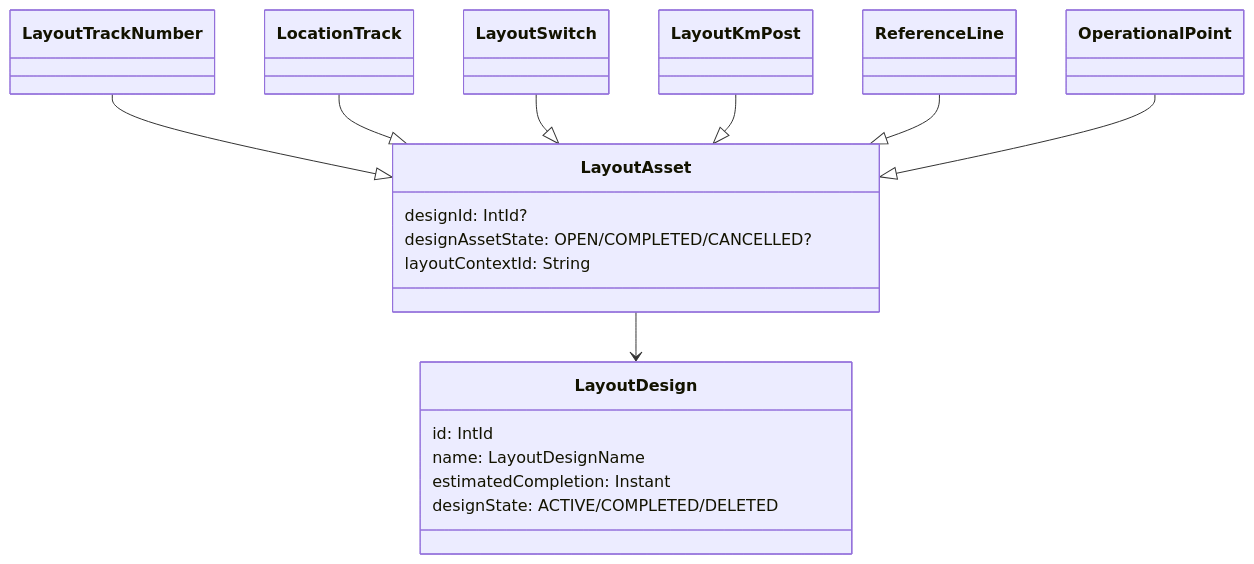
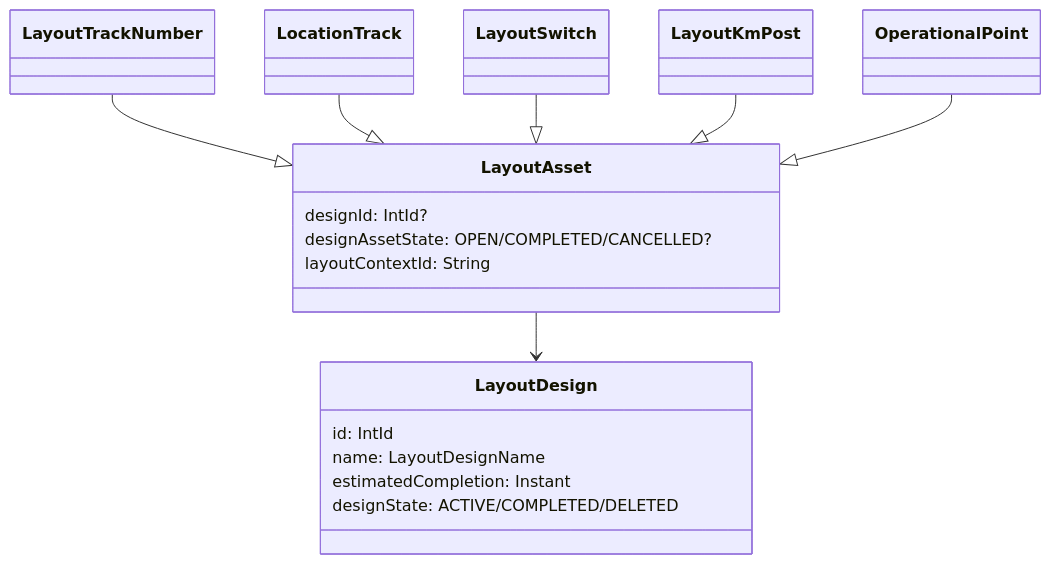
One commit to finnishtransportagency/geoviite changed the second of 2 diagrams in doc/suunnitelmatila.md. Above: the diagram before and after it, drawn with Mermaid.

Commit message:
GVT-3637 Remove referenceline from suunnitelmatila.md

````diff
--- a/doc/suunnitelmatila.md
+++ b/doc/suunnitelmatila.md
@@ -153,31 +153,29 @@
 ```mermaid
 classDiagram
     class LayoutDesign {
         id: IntId
         name: LayoutDesignName
         estimatedCompletion: Instant
         designState: ACTIVE/COMPLETED/DELETED
     }
     
     class LayoutAsset {
         designId: IntId?
         designAssetState: OPEN/COMPLETED/CANCELLED?
         layoutContextId: String
     }
     
     class LayoutTrackNumber
     class LocationTrack
     class LayoutSwitch
     class LayoutKmPost
-    class ReferenceLine
     class OperationalPoint
     
     LayoutAsset --> LayoutDesign
     
     LayoutTrackNumber --|> LayoutAsset
     LocationTrack --|> LayoutAsset
     LayoutSwitch --|> LayoutAsset
     LayoutKmPost --|> LayoutAsset
-    ReferenceLine --|> LayoutAsset
     OperationalPoint --|> LayoutAsset
 ```
````
